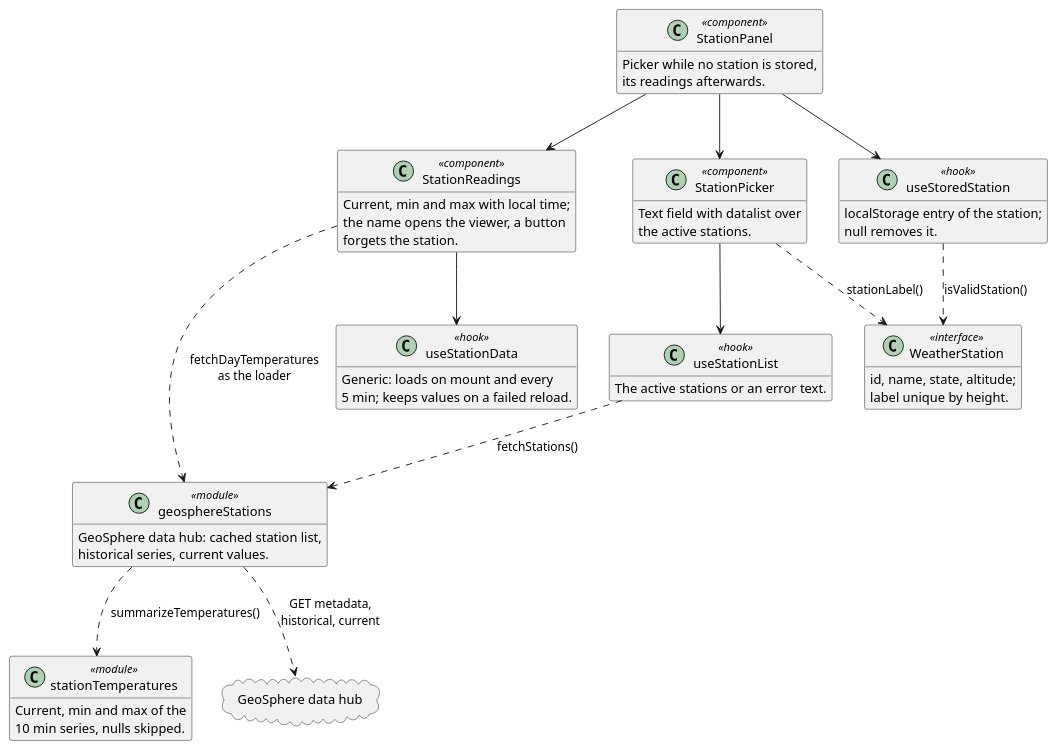
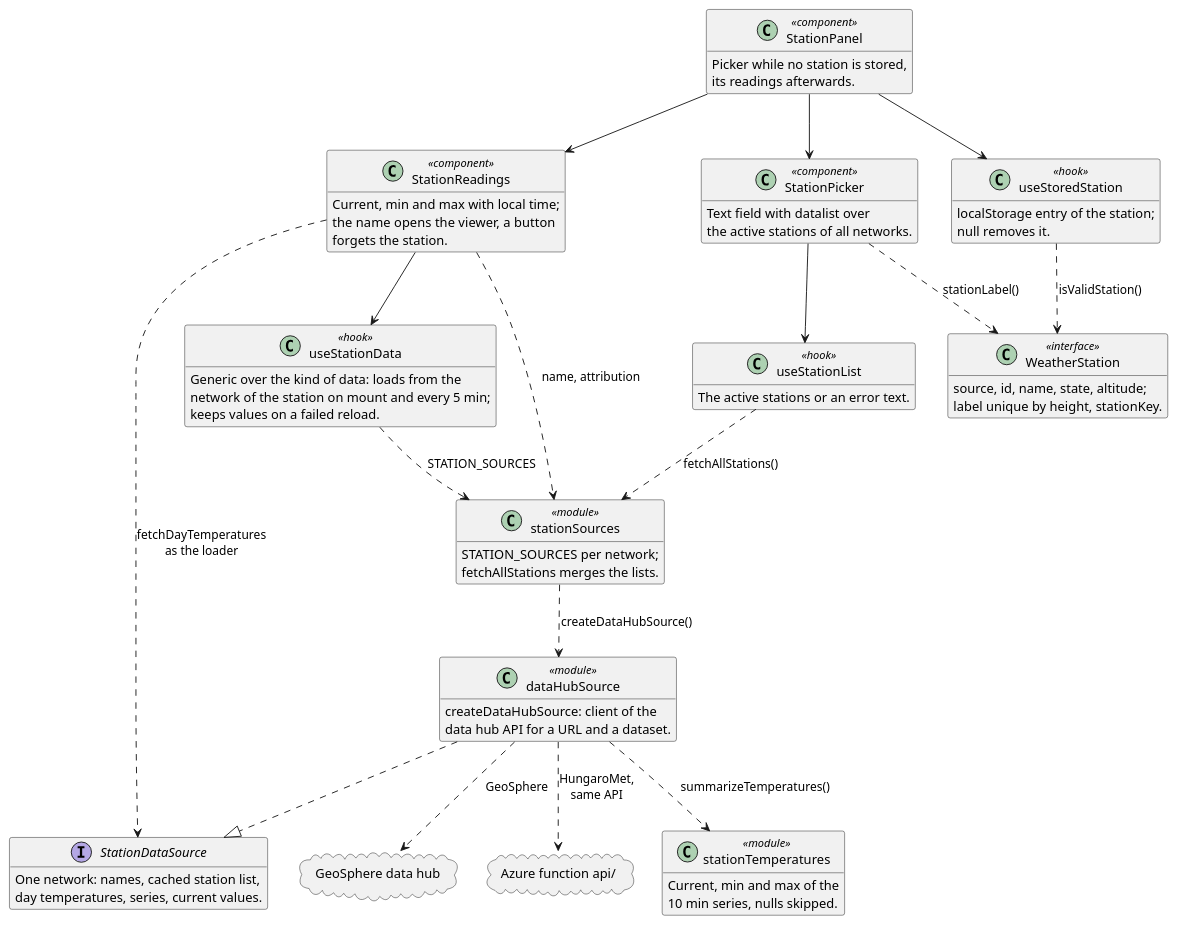
Before and after one commit to schletz/wetterkartenviewer: the third of 4 diagrams in REFERENCE.webapp.md, drawn with PlantUML. The commit also changed other lines of this file and 37 other files, not shown here.

First line of the commit message:
Add Hungarian stations through an Azure function

````diff
--- a/REFERENCE.webapp.md
+++ b/REFERENCE.webapp.md
@@ -262,54 +262,69 @@
 ```plantuml
 @startuml station
 allowmixing
 hide empty members
 class StationPanel <<component>> {
  Picker while no station is stored,
  its readings afterwards.
 }
 class StationPicker <<component>> {
  Text field with datalist over
- the active stations.
+ the active stations of all networks.
 }
 class StationReadings <<component>> {
  Current, min and max with local time;
  the name opens the viewer, a button
  forgets the station.
 }
 class useStoredStation <<hook>> {
  localStorage entry of the station;
  null removes it.
 }
 class useStationData <<hook>> {
- Generic: loads on mount and every
- 5 min; keeps values on a failed reload.
+ Generic over the kind of data: loads from the
+ network of the station on mount and every 5 min;
+ keeps values on a failed reload.
 }
 class useStationList <<hook>> {
  The active stations or an error text.
 }
 class WeatherStation <<interface>> {
- id, name, state, altitude;
- label unique by height.
+ source, id, name, state, altitude;
+ label unique by height, stationKey.
 }
 class stationTemperatures <<module>> {
  Current, min and max of the
  10 min series, nulls skipped.
 }
-class geosphereStations <<module>> {
- GeoSphere data hub: cached station list,
- historical series, current values.
+interface StationDataSource {
+ One network: names, cached station list,
+ day temperatures, series, current values.
+}
+class dataHubSource <<module>> {
+ createDataHubSource: client of the
+ data hub API for a URL and a dataset.
+}
+class stationSources <<module>> {
+ STATION_SOURCES per network;
+ fetchAllStations merges the lists.
 }
 cloud "GeoSphere data hub" as hub
+cloud "Azure function api/" as proxy
 StationPanel --> useStoredStation
 StationPanel --> StationPicker
 StationPanel --> StationReadings
 StationPicker --> useStationList
 StationPicker ..> WeatherStation : stationLabel()
 StationReadings --> useStationData
-StationReadings ..> geosphereStations : fetchDayTemperatures\nas the loader
-useStationList ..> geosphereStations : fetchStations()
-geosphereStations ..> stationTemperatures : summarizeTemperatures()
-geosphereStations ..> hub : GET metadata,\nhistorical, current
+StationReadings ..> StationDataSource : fetchDayTemperatures\nas the loader
+StationReadings ..> stationSources : name, attribution
+useStationData ..> stationSources : STATION_SOURCES
+useStationList ..> stationSources : fetchAllStations()
+stationSources ..> dataHubSource : createDataHubSource()
+dataHubSource ..|> StationDataSource
+dataHubSource ..> stationTemperatures : summarizeTemperatures()
+dataHubSource ..> hub : GeoSphere
+dataHubSource ..> proxy : HungaroMet,\nsame API
 useStoredStation ..> WeatherStation : isValidStation()
 @enduml
 ```
````
